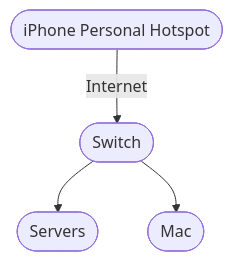
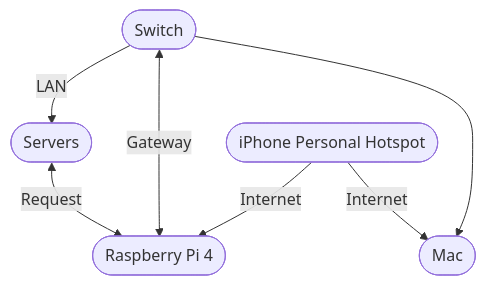
One commit to KumarP-India/my-home-server changed the second of 4 diagrams in README.md. Above: the diagram before and after it, drawn with Mermaid. The commit also changed other lines of this file, not shown here.

````diff
--- a/README.md
+++ b/README.md
@@ -53,11 +62,16 @@
 ```mermaid
 graph TD
     iPhone([iPhone Personal Hotspot])
+    Rpi([Raspberry Pi 4])
     Switch([Switch])
     Mac([Mac])
     Servers([Servers])
 
-    iPhone --Internet--> Switch
-    Switch --> Servers
+    iPhone --Internet--> Rpi
+    Switch --LAN--> Servers
     Switch --> Mac
+    iPhone --Internet--> Mac
+    Switch <--Gateway--> Rpi
+    Servers <--Request--> Rpi
+
 ```
````
